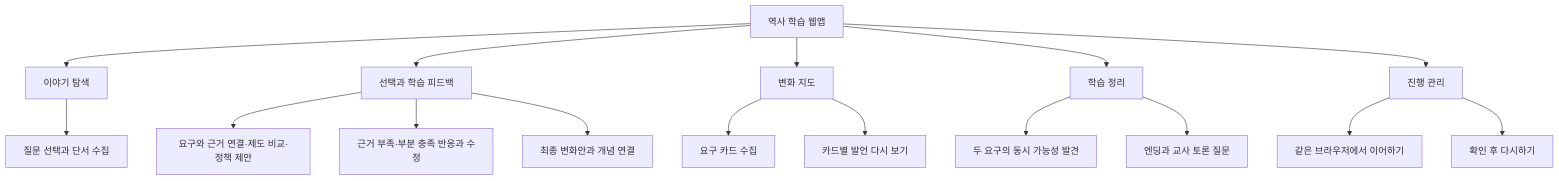
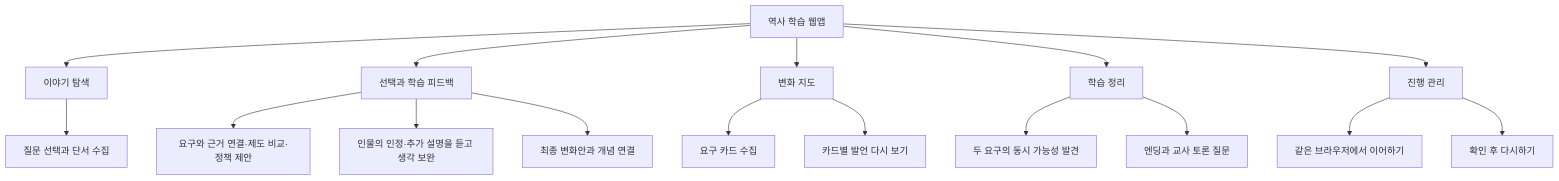
The fourth of 6 diagrams in docs/DIAGRAMS.md (bon17/1919choice), drawn with Mermaid before and after one commit. The commit also changed other lines of this file and 9 other files, not shown here.

````diff
--- a/docs/DIAGRAMS.md
+++ b/docs/DIAGRAMS.md
@@ -72,18 +72,18 @@
 ```mermaid
 flowchart TD
     A[역사 학습 웹앱] --> B[이야기 탐색]
     A --> C[선택과 학습 피드백]
     A --> D[변화 지도]
     A --> E[학습 정리]
     A --> F[진행 관리]
     B --> B1[질문 선택과 단서 수집]
     C --> C1[요구와 근거 연결·제도 비교·정책 제안]
-    C --> C2[근거 부족·부분 충족 반응과 수정]
+    C --> C2[인물의 인정·추가 설명을 듣고 생각 보완]
     C --> C3[최종 변화안과 개념 연결]
     D --> D1[요구 카드 수집]
     D --> D2[카드별 발언 다시 보기]
     E --> E1[두 요구의 동시 가능성 발견]
     E --> E2[엔딩과 교사 토론 질문]
     F --> F1[같은 브라우저에서 이어하기]
     F --> F2[확인 후 다시하기]
 ```
````
